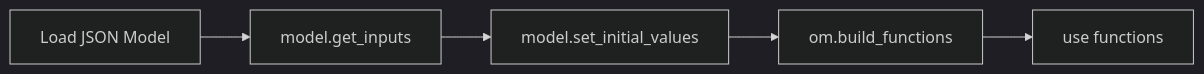
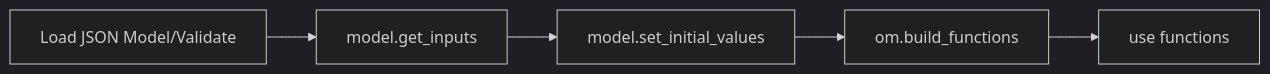
Before and after one commit to robfalck/OpenMDAO: the diagram in roadmaps/2026roadmap.md, drawn with Mermaid (dark theme). The commit also changed other lines of this file, not shown here.

Commit message:
more roadmap updates.

````diff
--- a/roadmaps/2026roadmap.md
+++ b/roadmaps/2026roadmap.md
@@ -149,7 +157,7 @@
 ```mermaid
 flowchart LR
-    A[Load JSON Model] --> B[model.get_inputs]
+    A[Load JSON Model/Validate] --> B[model.get_inputs]
     B --> C[model.set_initial_values]
     C --> D[om.build_functions]
     D --> E[use functions]
 ```
````
